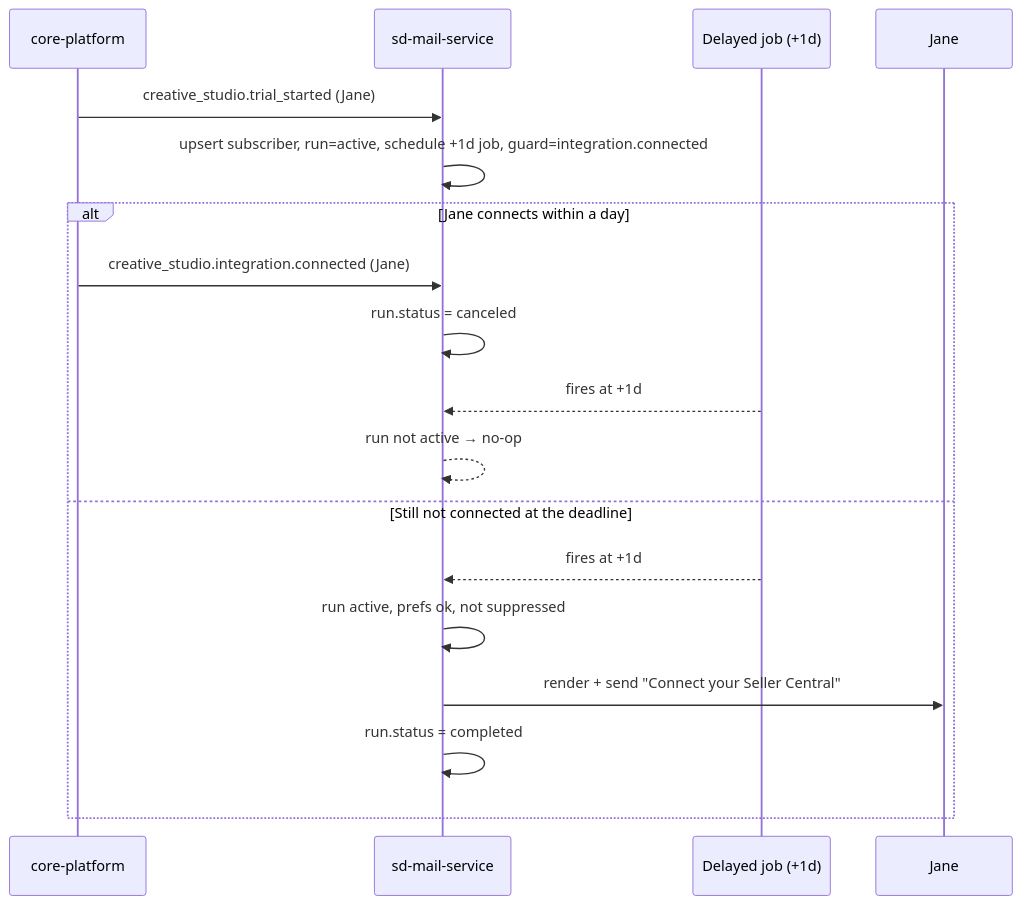
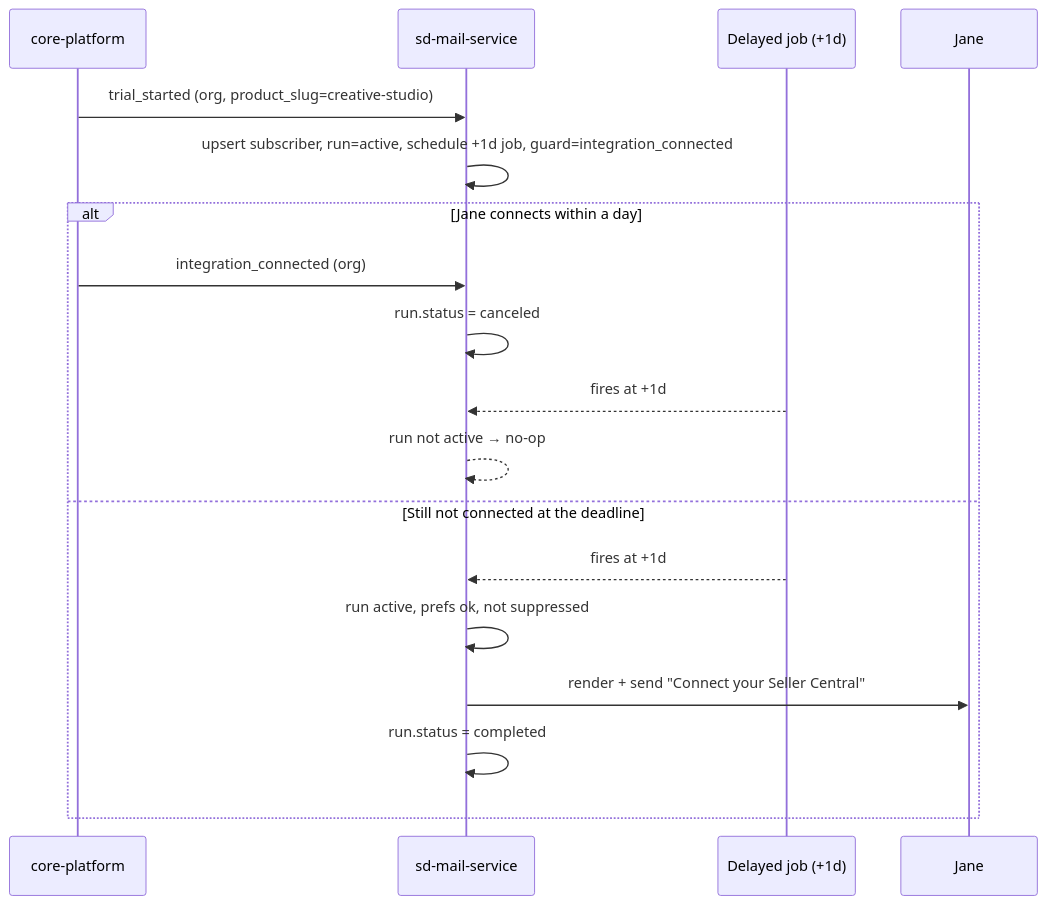
Before and after one commit to salesduo-arnav/sd-mail-service: the first of 4 diagrams in docs/04-event-and-workflow-model.md, drawn with Mermaid. The commit also changed other lines of this file and 53 other files, not shown here.

````diff
--- a/docs/04-event-and-workflow-model.md
+++ b/docs/04-event-and-workflow-model.md
@@ -142,19 +141,19 @@
 ```mermaid
 sequenceDiagram
   participant Core as core-platform
   participant N as sd-mail-service
   participant J as Delayed job (+1d)
-  Core->>N: creative_studio.trial_started (Jane)
-  N->>N: upsert subscriber, run=active, schedule +1d job, guard=integration.connected
+  Core->>N: trial_started (org, product_slug=creative-studio)
+  N->>N: upsert subscriber, run=active, schedule +1d job, guard=integration_connected
   alt Jane connects within a day
-    Core->>N: creative_studio.integration.connected (Jane)
+    Core->>N: integration_connected (org)
     N->>N: run.status = canceled
     J-->>N: fires at +1d
     N-->>N: run not active → no-op
   else Still not connected at the deadline
     J-->>N: fires at +1d
     N->>N: run active, prefs ok, not suppressed
     N->>Jane: render + send "Connect your Seller Central"
     N->>N: run.status = completed
   end
 ```
````
